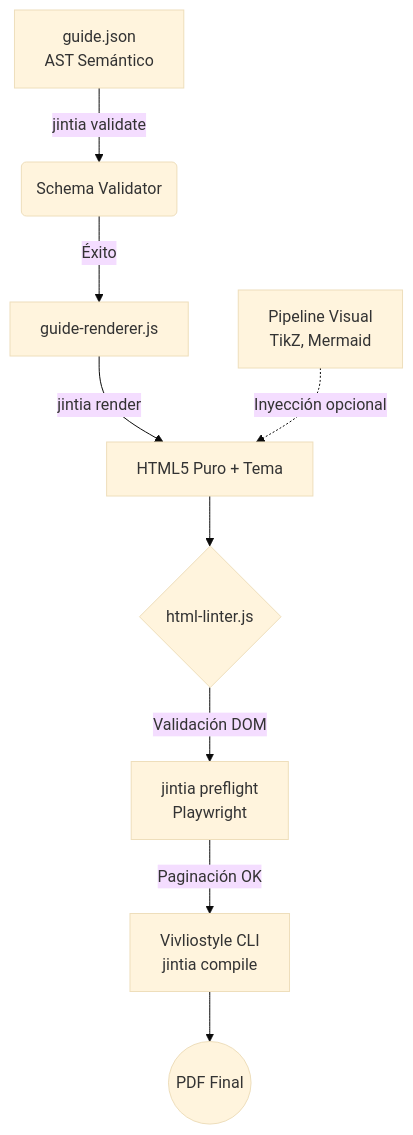
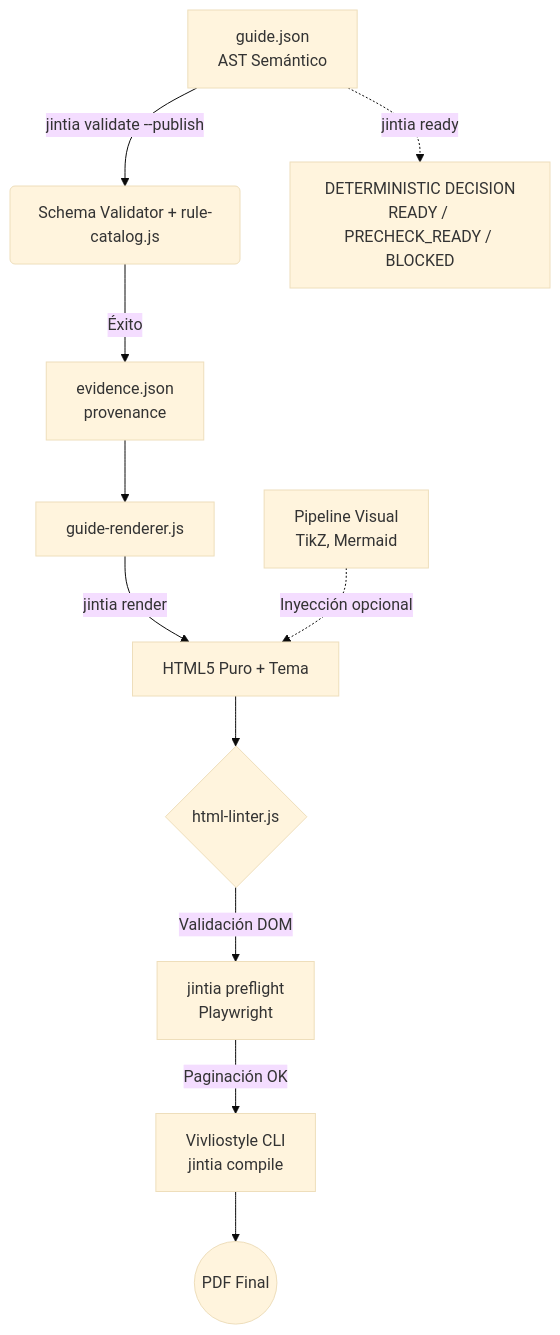
The second of 2 diagrams in README.md (CharlieCardenasToledo/jintia), drawn with Mermaid (base theme) before and after one commit. The commit also changed other lines of this file and 50 other files, not shown here.

````diff
--- a/README.md
+++ b/README.md
@@ -54,12 +65,14 @@
 ```mermaid
 graph TD
-    A[guide.json<br/>AST Semántico] -->|jintia validate| B(Schema Validator)
-    B -->|Éxito| C[guide-renderer.js]
+    A[guide.json<br/>AST Semántico] -->|jintia validate --publish| B(Schema Validator + rule-catalog.js)
+    B -->|Éxito| P[evidence.json<br/>provenance]
+    P --> C[guide-renderer.js]
     C -->|jintia render| D[HTML5 Puro + Tema]
     D --> E{html-linter.js}
     E -->|Validación DOM| F[jintia preflight<br/>Playwright]
     F -->|Paginación OK| G[Vivliostyle CLI<br/>jintia compile]
     G --> H((PDF Final))
-    
+
     I[Pipeline Visual<br/>TikZ, Mermaid] -.->|Inyección opcional| D
+    A -.->|jintia ready| Z[DETERMINISTIC DECISION<br/>READY / PRECHECK_READY / BLOCKED]
 ```
````
